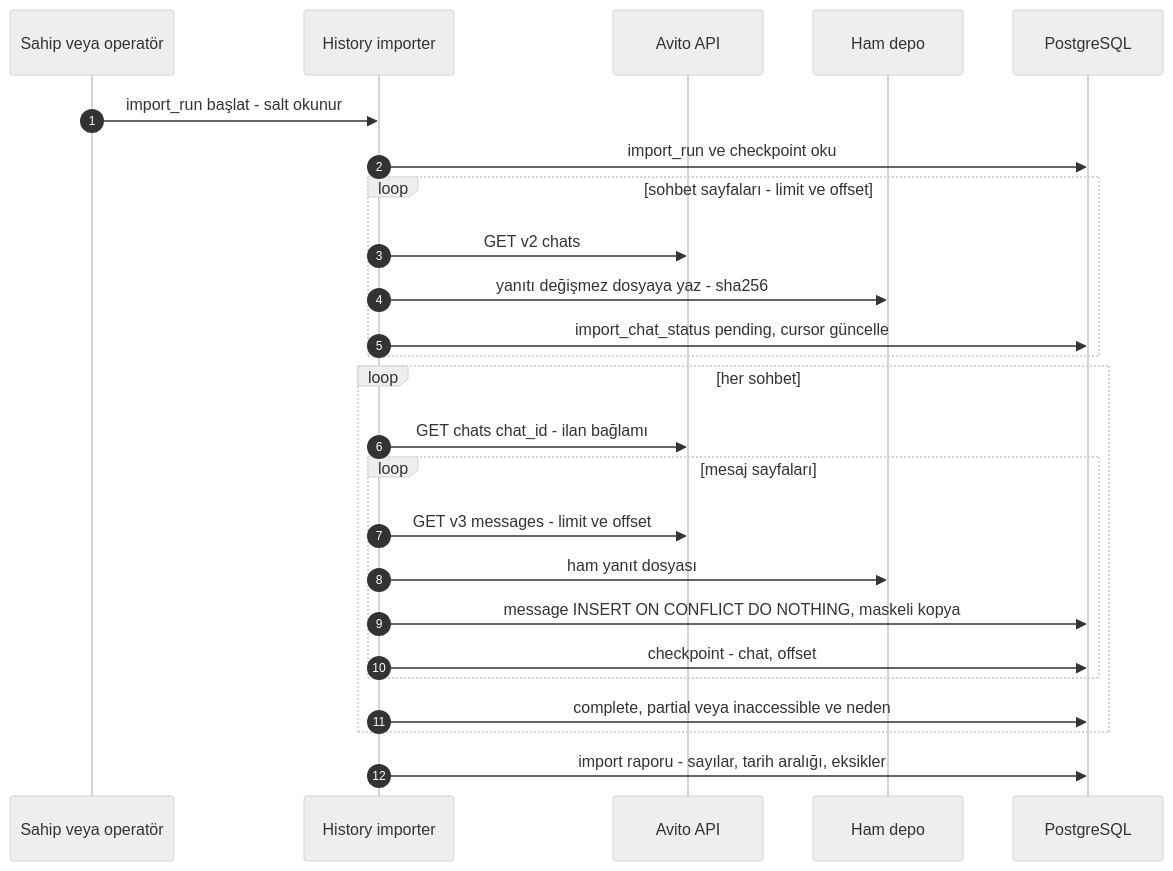
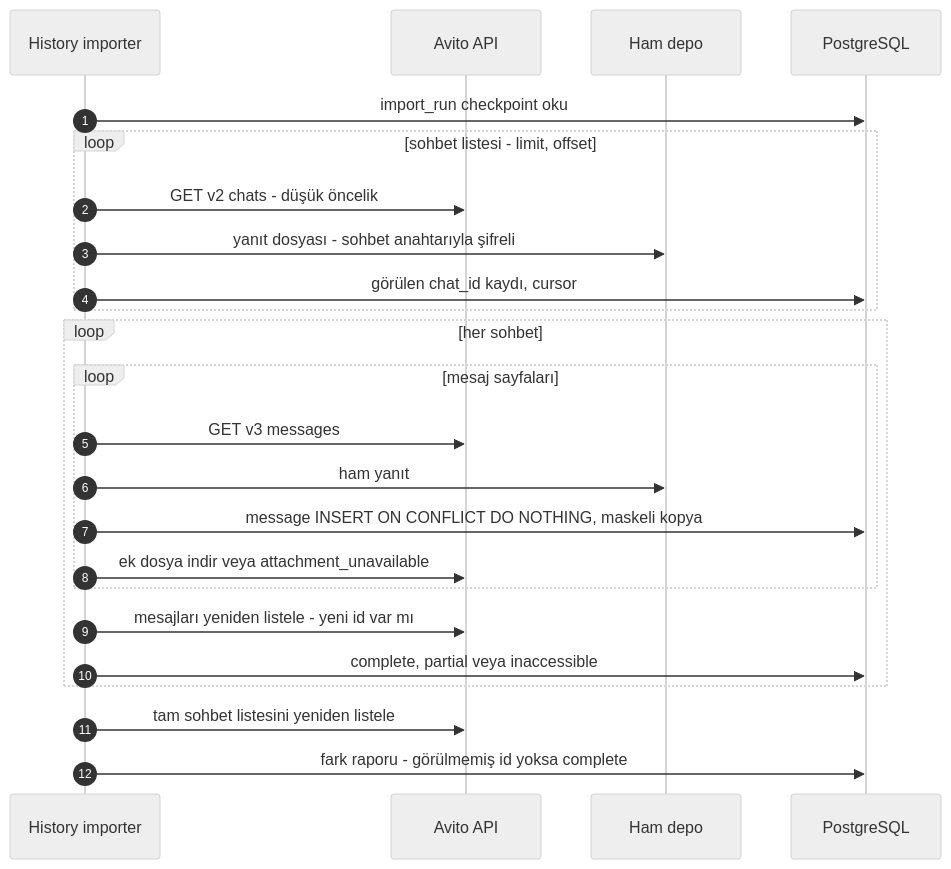
One commit to khalilofnijat-eng/expert-octo-bassoon changed the third of 8 diagrams in docs/ARCHITECTURE.md. Above: the diagram before and after it, drawn with Mermaid (neutral theme). The commit also changed other lines of this file, not shown here.

First line of the commit message:
Accept architecture rev.2 (T-004); owner approved commit

````diff
--- a/docs/ARCHITECTURE.md
+++ b/docs/ARCHITECTURE.md
@@ -158,27 +166,26 @@
 ```mermaid
 sequenceDiagram
   autonumber
-  participant OP as Sahip veya operatör
   participant H as History importer
   participant AV as Avito API
   participant RAW as Ham depo
   participant DB as PostgreSQL
-  OP->>H: import_run başlat - salt okunur
-  H->>DB: import_run ve checkpoint oku
-  loop sohbet sayfaları - limit ve offset
-    H->>AV: GET v2 chats
-    H->>RAW: yanıtı değişmez dosyaya yaz - sha256
-    H->>DB: import_chat_status pending, cursor güncelle
+  H->>DB: import_run checkpoint oku
+  loop sohbet listesi - limit, offset
+    H->>AV: GET v2 chats - düşük öncelik
+    H->>RAW: yanıt dosyası - sohbet anahtarıyla şifreli
+    H->>DB: görülen chat_id kaydı, cursor
   end
   loop her sohbet
-    H->>AV: GET chats chat_id - ilan bağlamı
     loop mesaj sayfaları
-      H->>AV: GET v3 messages - limit ve offset
-      H->>RAW: ham yanıt dosyası
+      H->>AV: GET v3 messages
+      H->>RAW: ham yanıt
       H->>DB: message INSERT ON CONFLICT DO NOTHING, maskeli kopya
-      H->>DB: checkpoint - chat, offset
+      H->>AV: ek dosya indir veya attachment_unavailable
     end
-    H->>DB: complete, partial veya inaccessible ve neden
+    H->>AV: mesajları yeniden listele - yeni id var mı
+    H->>DB: complete, partial veya inaccessible
   end
-  H->>DB: import raporu - sayılar, tarih aralığı, eksikler
+  H->>AV: tam sohbet listesini yeniden listele
+  H->>DB: fark raporu - görülmemiş id yoksa complete
 ```
````
